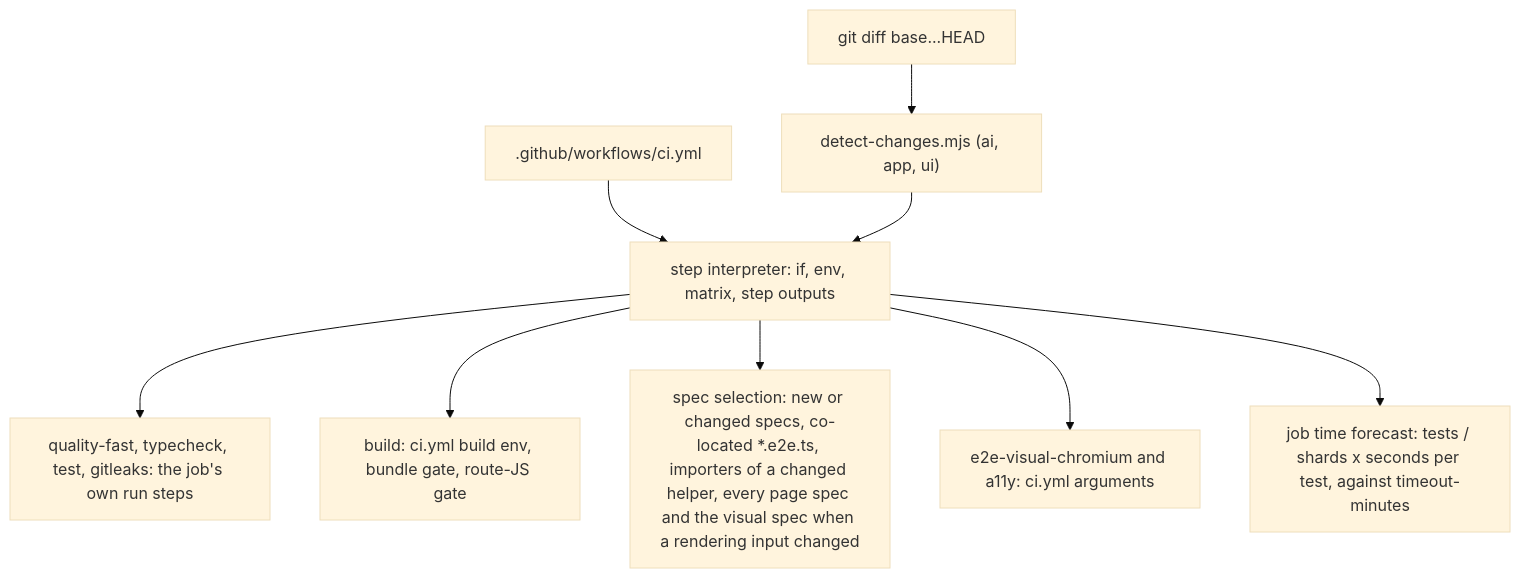
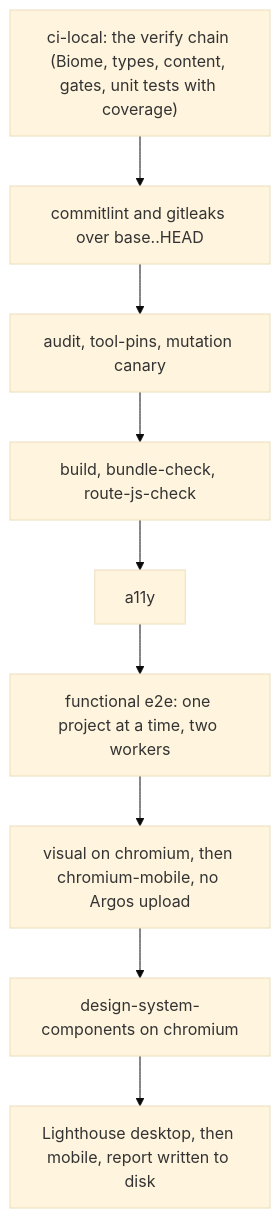
Before and after one commit to erikunha/portfolio: the first of 7 diagrams in docs/07-workflows.md, drawn with Mermaid (base theme). The commit also changed other lines of this file and 34 other files, not shown here.

````diff
--- a/docs/07-workflows.md
+++ b/docs/07-workflows.md
@@ -68,11 +66,11 @@
 ```mermaid
 flowchart TD
-    git["git diff base...HEAD"] --> dc["detect-changes.mjs (ai, app, ui)"]
-    yml[".github/workflows/ci.yml"] --> eng["step interpreter: if, env, matrix, step outputs"]
-    dc --> eng
-    eng --> st["quality-fast, typecheck, test, gitleaks: the job's own run steps"]
-    eng --> bd["build: ci.yml build env, bundle gate, route-JS gate"]
-    eng --> sel["spec selection: new or changed specs, co-located *.e2e.ts, importers of a changed helper, every page spec and the visual spec when a rendering input changed"]
-    eng --> vis["e2e-visual-chromium and a11y: ci.yml arguments"]
-    eng --> fc["job time forecast: tests / shards x seconds per test, against timeout-minutes"]
+    A["ci-local: the verify chain (Biome, types, content, gates, unit tests with coverage)"] --> B["commitlint and gitleaks over base..HEAD"]
+    B --> C["audit, tool-pins, mutation canary"]
+    C --> D["build, bundle-check, route-js-check"]
+    D --> E["a11y"]
+    E --> F["functional e2e: one project at a time, two workers"]
+    F --> G["visual on chromium, then chromium-mobile, no Argos upload"]
+    G --> H["design-system-components on chromium"]
+    H --> I["Lighthouse desktop, then mobile, report written to disk"]
 ```
````
